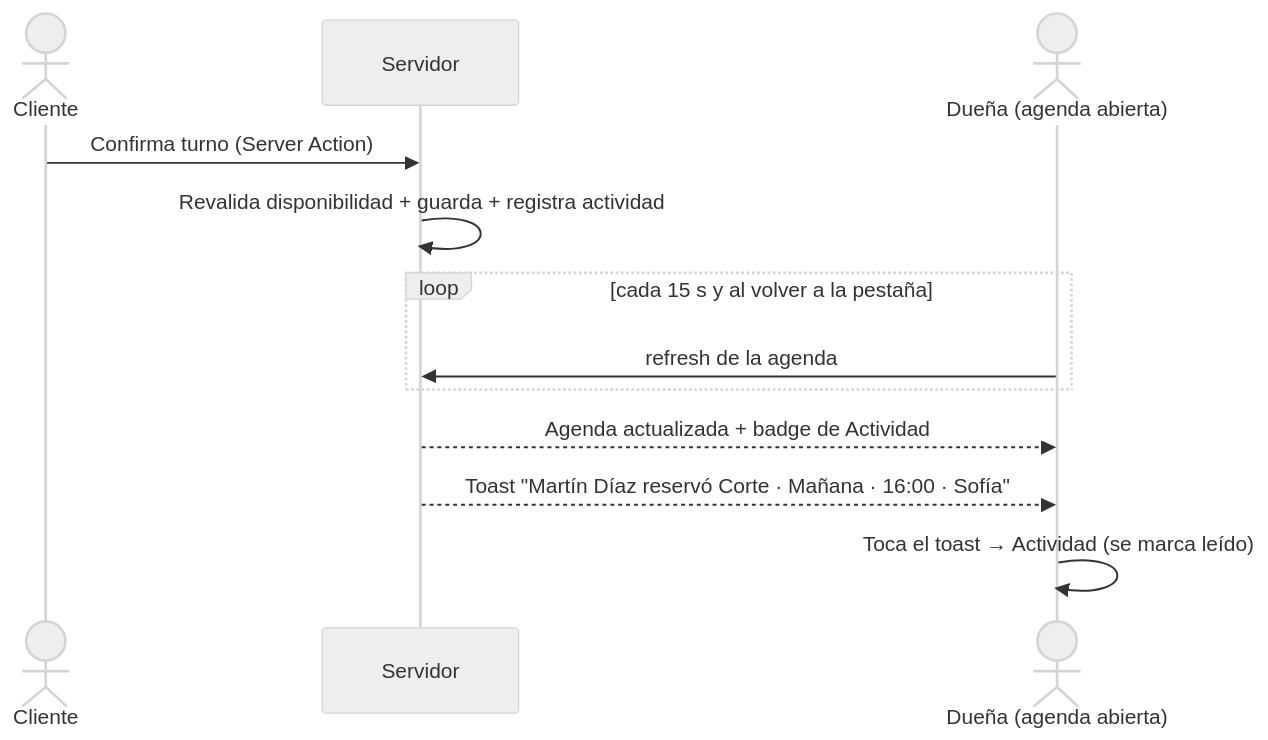
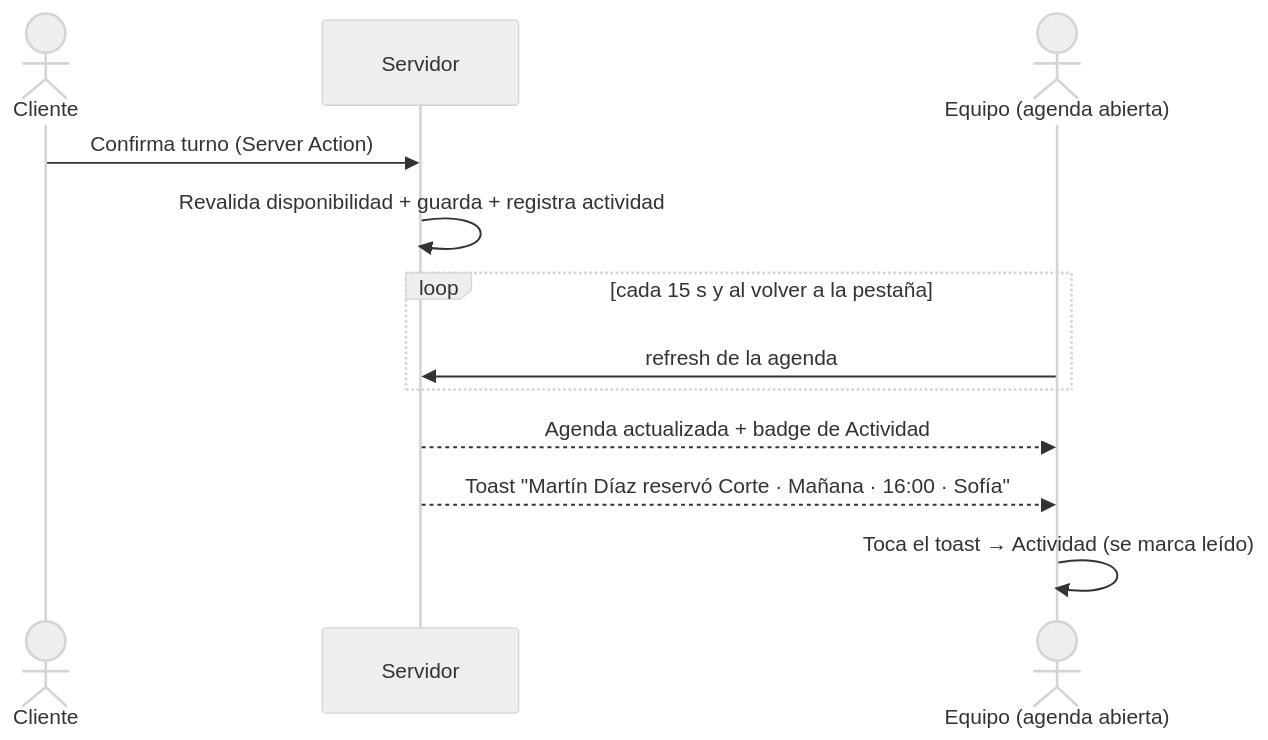
Diagram 12 of 12 in docs/user-flows.md (andreamperezp/Filo), drawn with Mermaid (neutral theme) before and after one commit. The commit also changed other lines of this file and 59 other files, not shown here.

````diff
--- a/docs/user-flows.md
+++ b/docs/user-flows.md
@@ -190,14 +220,14 @@
 ```mermaid
 sequenceDiagram
   actor C as Cliente
   participant S as Servidor
-  actor D as Dueña (agenda abierta)
+  actor D as Equipo (agenda abierta)
   C->>S: Confirma turno (Server Action)
   S->>S: Revalida disponibilidad + guarda + registra actividad
   loop cada 15 s y al volver a la pestaña
     D->>S: refresh de la agenda
   end
   S-->>D: Agenda actualizada + badge de Actividad
   S-->>D: Toast "Martín Díaz reservó Corte · Mañana · 16:00 · Sofía"
   D->>D: Toca el toast → Actividad (se marca leído)
 ```
````
